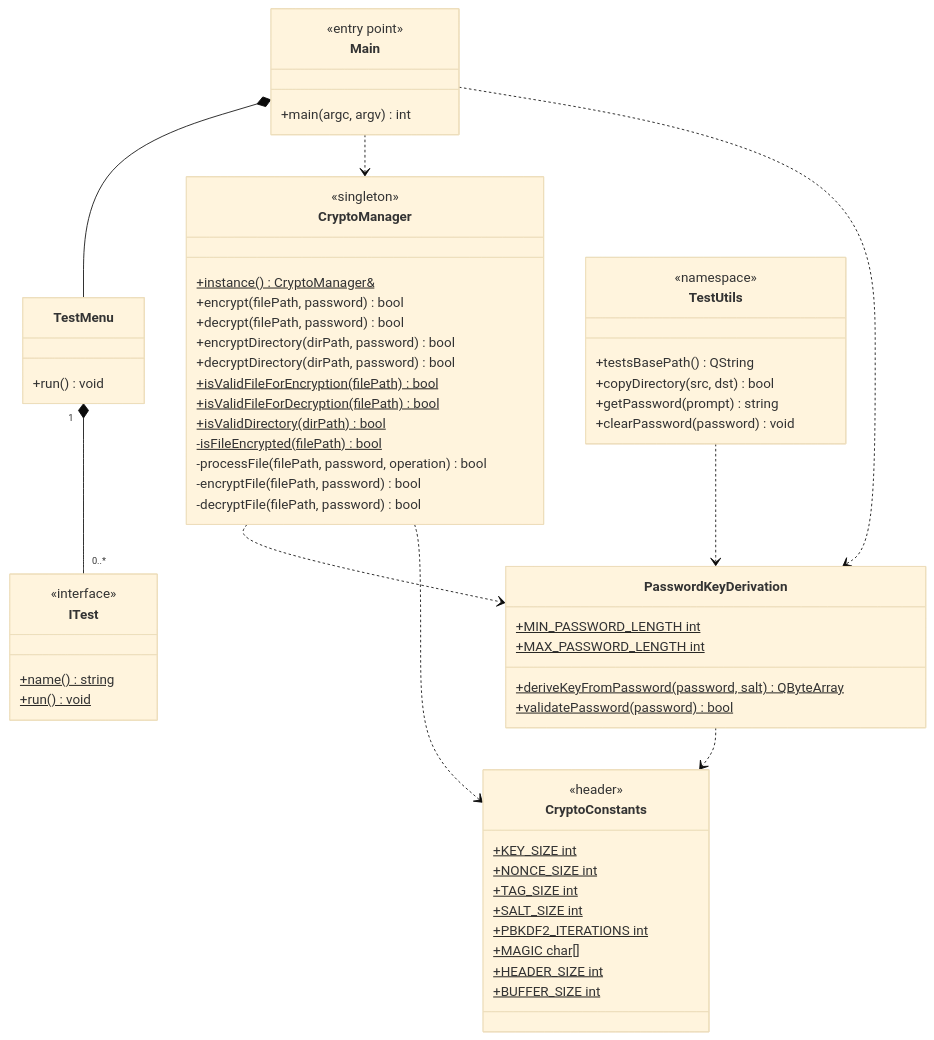
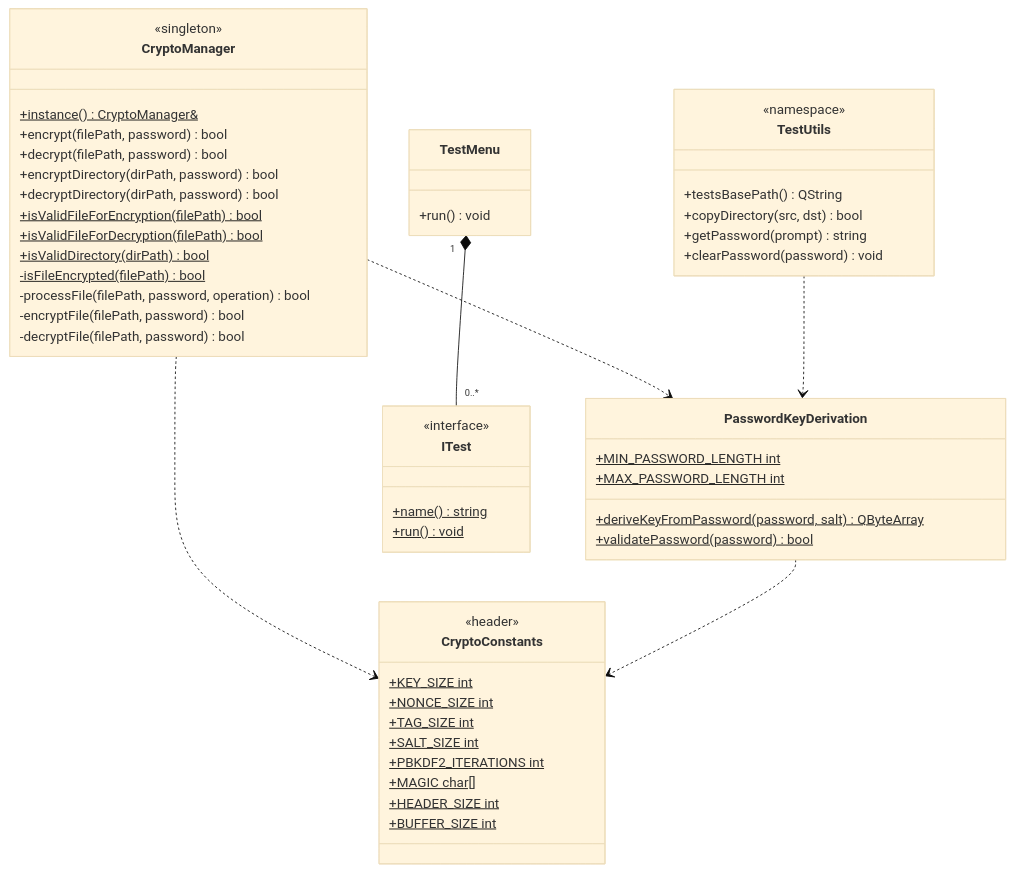
The diagram in README.md (ytochkaa/development_of_information_security_tools), drawn with Mermaid (base theme) before and after one commit. The commit also changed other lines of this file and 1 other file, not shown here.

Commit message:
UML - main

````diff
--- a/README.md
+++ b/README.md
@@ -167,71 +167,62 @@
 ```mermaid
 classDiagram
-    class Main {
-        <<entry point>>
-        +main(argc, argv) int
-    }
-
     class CryptoManager {
         <<singleton>>
         +instance() CryptoManager&$
         +encrypt(filePath, password) bool
         +decrypt(filePath, password) bool
         +encryptDirectory(dirPath, password) bool
         +decryptDirectory(dirPath, password) bool
         +isValidFileForEncryption(filePath) bool$
         +isValidFileForDecryption(filePath) bool$
         +isValidDirectory(dirPath) bool$
         -isFileEncrypted(filePath) bool$
         -processFile(filePath, password, operation) bool
         -encryptFile(filePath, password) bool
         -decryptFile(filePath, password) bool
     }
 
     class PasswordKeyDerivation {
         +deriveKeyFromPassword(password, salt) QByteArray$
         +validatePassword(password) bool$
         +MIN_PASSWORD_LENGTH int$
         +MAX_PASSWORD_LENGTH int$
     }
 
     class CryptoConstants {
         <<header>>
         +KEY_SIZE int$
         +NONCE_SIZE int$
         +TAG_SIZE int$
         +SALT_SIZE int$
         +PBKDF2_ITERATIONS int$
         +MAGIC char[]$
         +HEADER_SIZE int$
         +BUFFER_SIZE int$
     }
 
     class TestMenu {
         +run() void
     }
 
     class ITest {
         <<interface>>
         +name() string$
         +run() void$
     }
 
     class TestUtils {
         <<namespace>>
         +testsBasePath() QString
         +copyDirectory(src, dst) bool
         +getPassword(prompt) string
         +clearPassword(password) void
     }
 
-    Main *-- TestMenu
-    Main ..> CryptoManager
-    Main ..> PasswordKeyDerivation
-
     TestMenu "1" *-- "0..*" ITest
 
     CryptoManager ..> PasswordKeyDerivation
     CryptoManager ..> CryptoConstants
     PasswordKeyDerivation ..> CryptoConstants
     TestUtils ..> PasswordKeyDerivation
 ```
````
